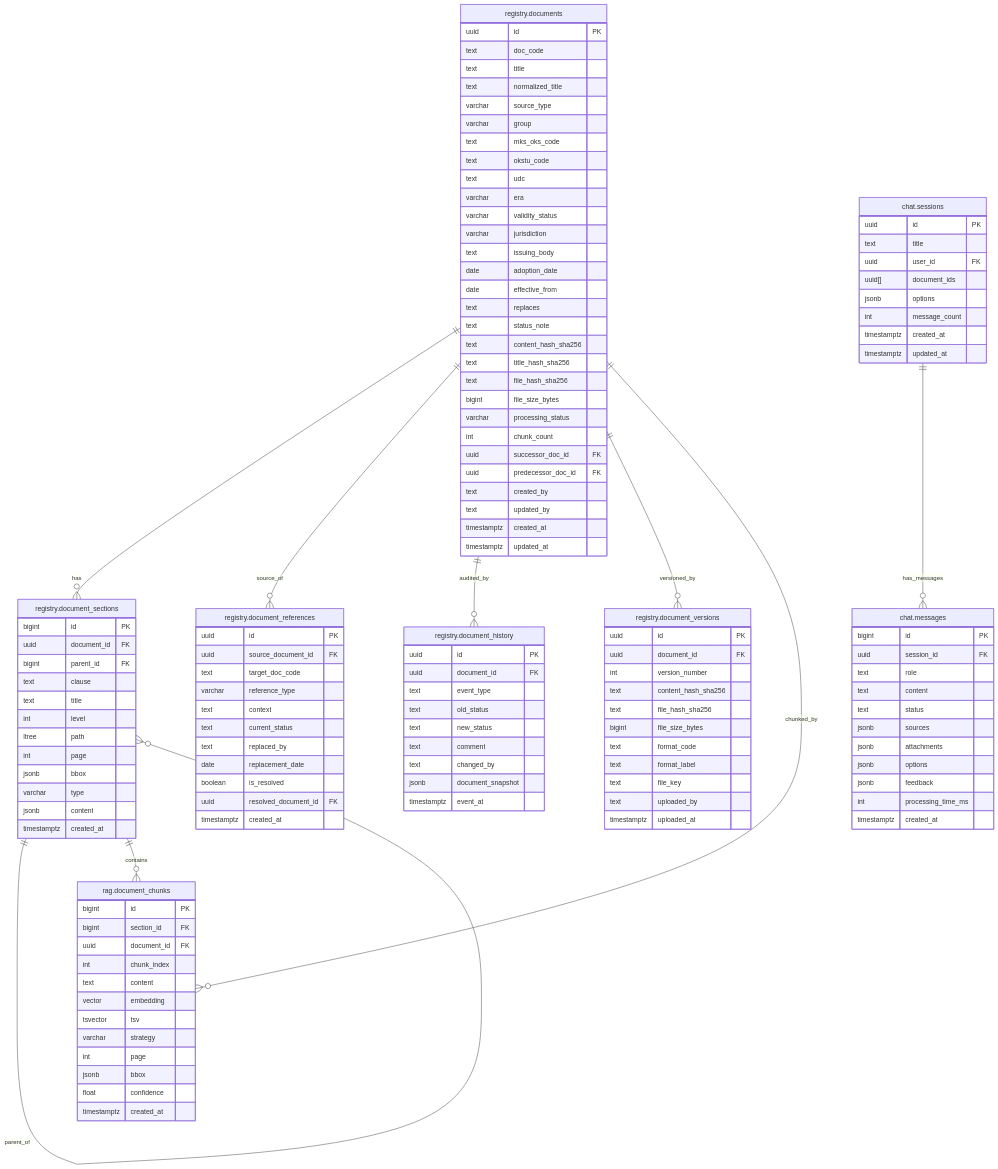
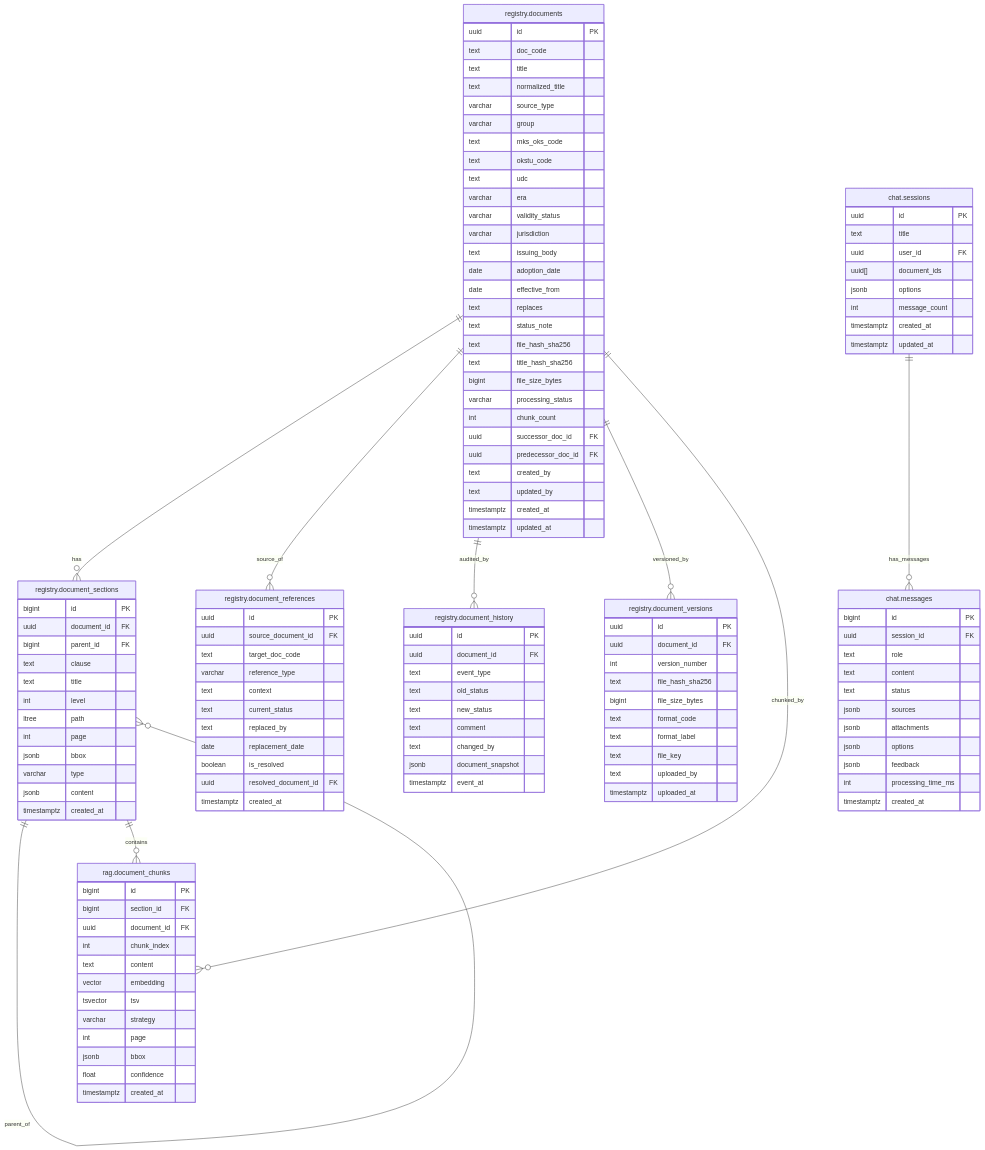
Before and after one commit to MasterKSAF/PKB: the diagram in docs/database/db_diagrams.md, drawn with Mermaid. The commit also changed other lines of this file and 9 other files, not shown here.

```diff
--- a/docs/database/db_diagrams.md
+++ b/docs/database/db_diagrams.md
@@ -26,9 +26,8 @@
         date effective_from
         text replaces
         text status_note
-        text content_hash_sha256
+        text file_hash_sha256
         text title_hash_sha256
-        text file_hash_sha256
         bigint file_size_bytes
         varchar processing_status
         int chunk_count
@@ -73,7 +72,6 @@
         uuid id PK
         uuid document_id FK
         int version_number
-        text content_hash_sha256
         text file_hash_sha256
         bigint file_size_bytes
         text format_code
```
